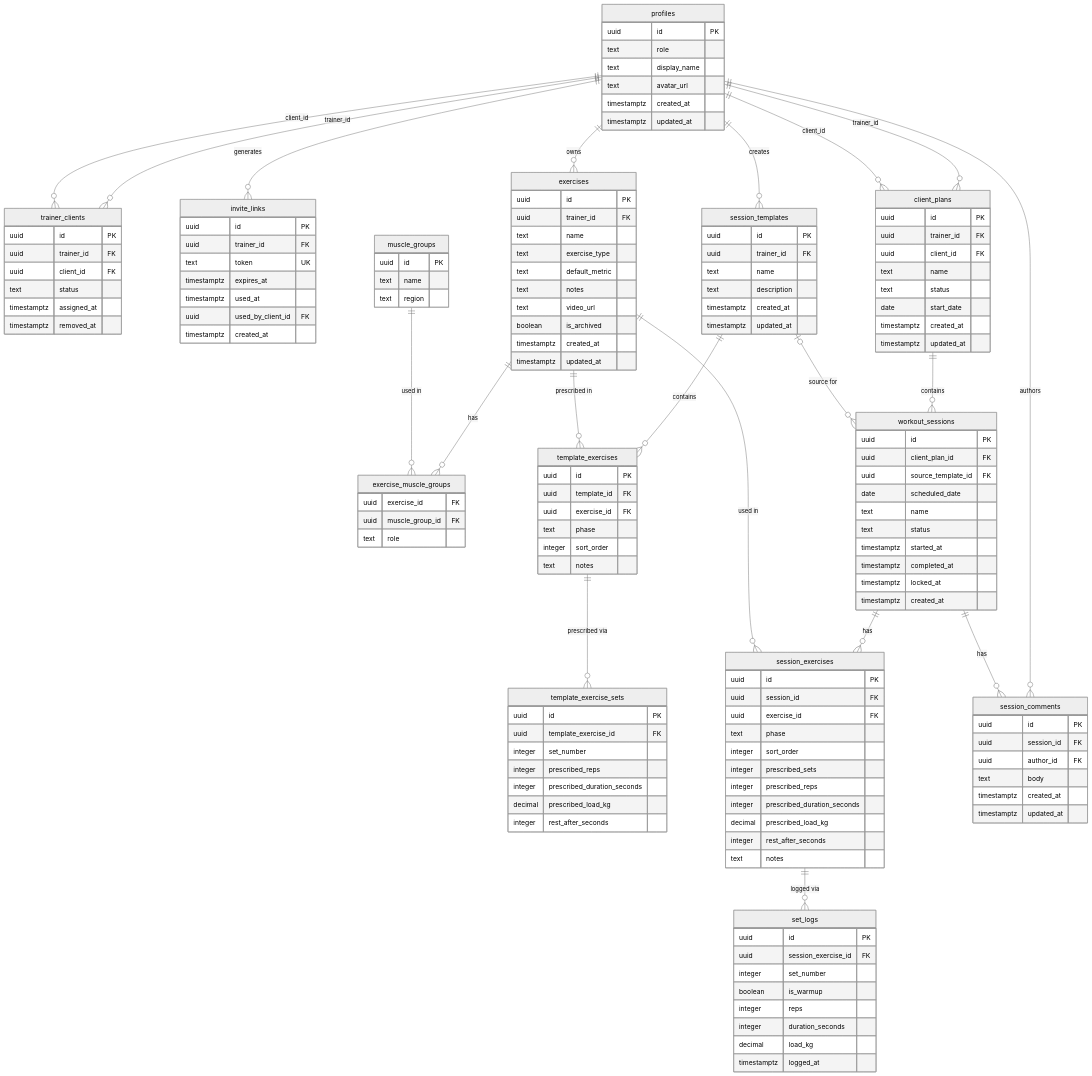
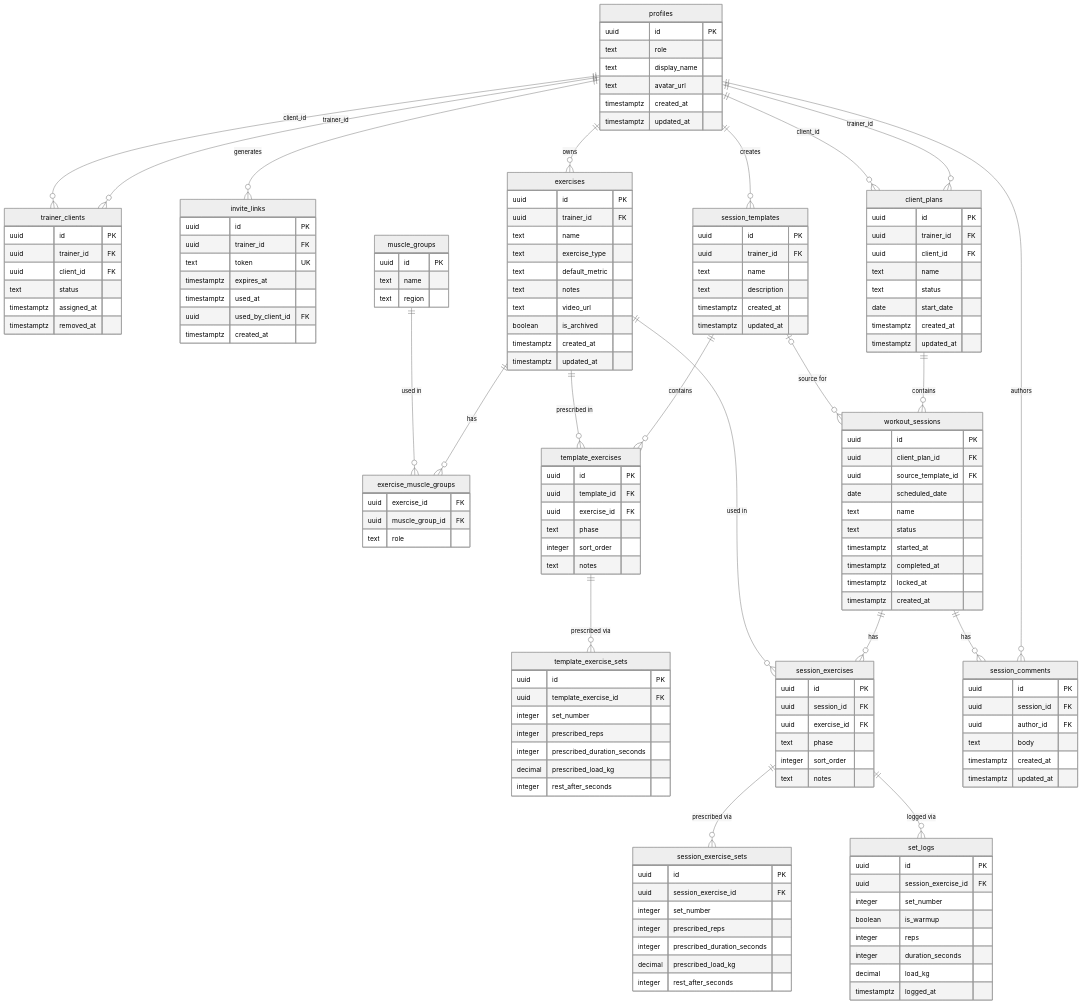
One commit to ZawilecxD/trAInR changed the diagram in docs/ERD.md. Above: the diagram before and after it, drawn with Mermaid (neutral theme). The commit also changed other lines of this file and 5 other files, not shown here.

```diff
--- a/docs/ERD.md
+++ b/docs/ERD.md
@@ -130,12 +130,17 @@
         uuid exercise_id FK
         text phase
         integer sort_order
-        integer prescribed_sets
+        text notes
+    }
+
+    session_exercise_sets {
+        uuid id PK
+        uuid session_exercise_id FK
+        integer set_number
         integer prescribed_reps
         integer prescribed_duration_seconds
         decimal prescribed_load_kg
         integer rest_after_seconds
-        text notes
     }
 
     set_logs {
@@ -179,6 +184,7 @@
 
     workout_sessions ||--o{ session_exercises : "has"
     exercises ||--o{ session_exercises : "used in"
+    session_exercises ||--o{ session_exercise_sets : "prescribed via"
     workout_sessions ||--o{ session_comments : "has"
 
     session_exercises ||--o{ set_logs : "logged via"
```
